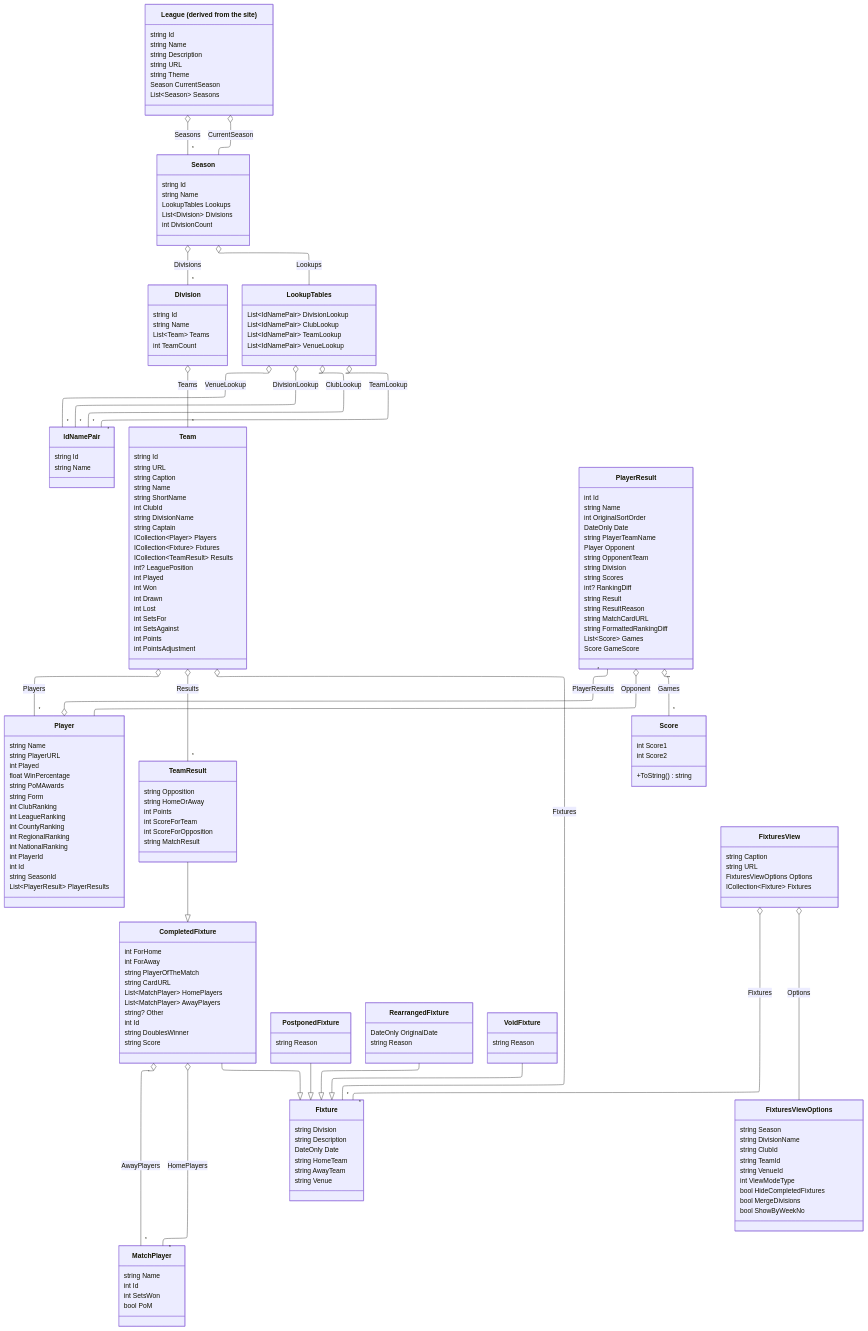
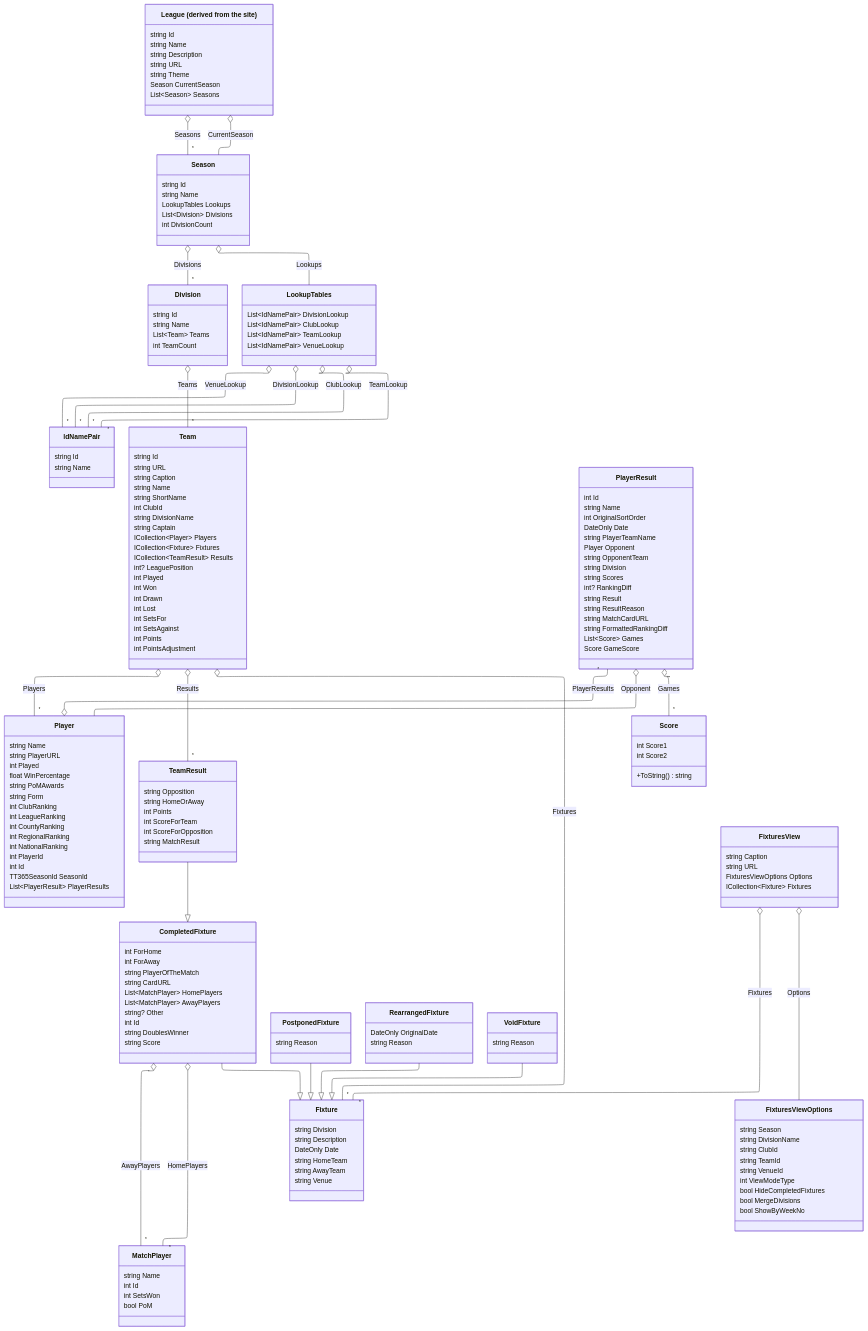
The diagram in src/Smab.TTInfo.TT365/README.md (smabuk/Smab.TTInfo), drawn with Mermaid before and after one commit. The commit also changed 8 other files, not shown here.

```diff
--- a/src/Smab.TTInfo.TT365/README.md
+++ b/src/Smab.TTInfo.TT365/README.md
@@ -147,7 +147,7 @@
         int NationalRanking
         int PlayerId
         int Id
-        string SeasonId
+        TT365SeasonId SeasonId
         List~PlayerResult~ PlayerResults
     }
     class PlayerResult {
```
